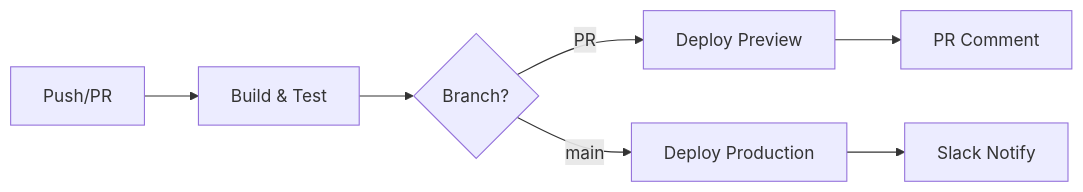
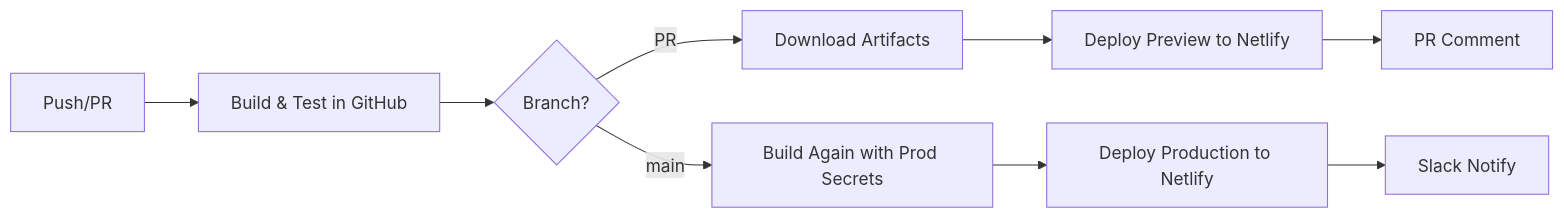
The diagram in docs/frontend/CI_CD_GUIDE.md (moshehbenavraham/wildeditor), drawn with Mermaid before and after one commit. The commit also changed other lines of this file and 1 other file, not shown here.

````diff
--- a/docs/frontend/CI_CD_GUIDE.md
+++ b/docs/frontend/CI_CD_GUIDE.md
@@ -68,9 +98,11 @@
 ```mermaid
 graph LR
-    A[Push/PR] --> B[Build & Test]
+    A[Push/PR] --> B[Build & Test in GitHub]
     B --> C{Branch?}
-    C -->|PR| D[Deploy Preview]
-    C -->|main| E[Deploy Production]
-    D --> F[PR Comment]
-    E --> G[Slack Notify]
+    C -->|PR| D[Download Artifacts]
+    C -->|main| E[Build Again with Prod Secrets]
+    D --> F[Deploy Preview to Netlify]
+    E --> G[Deploy Production to Netlify]
+    F --> H[PR Comment]
+    G --> I[Slack Notify]
 ```
````
